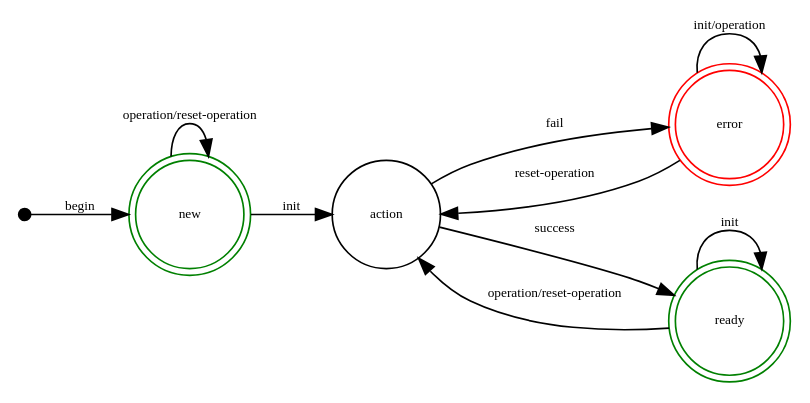
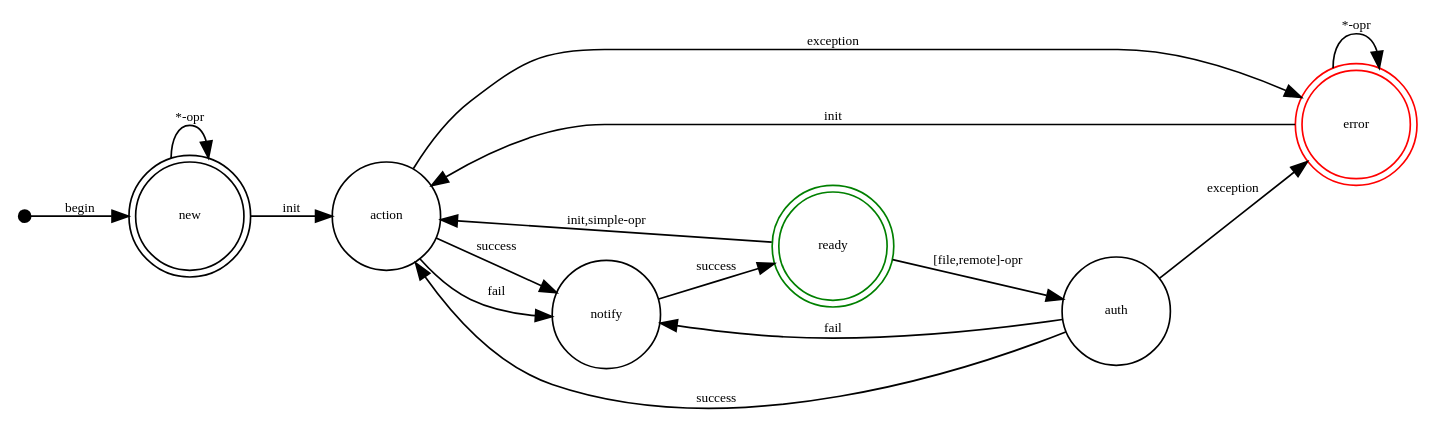
Before and after one commit to sudohippie/fog: the diagram in docs/fog-operations.dot, drawn with Graphviz. The commit also changed 1 other file, not shown here.

```diff
--- a/docs/fog-operations.dot
+++ b/docs/fog-operations.dot
@@ -1,24 +1,31 @@
 digraph fog {
 	// defaults
-	node [ shape=circle, fontsize=8, fixedsize=true, width=0.9]; 
+	node [ shape=circle, fontsize=8, fixedsize=true, width=0.9, group=A ]; 
   	edge [ fontsize=8 ]; 
   	rankdir=LR;
 	
 	// vertices
 	start [ shape=point, fixedsize=false, width=0.1 ]
-	new [ shape=doublecircle, color=green ];
+	new [ shape=doublecircle ];
 	action;
 	error [ shape=doublecircle, color=red ];
 	ready [ shape=doublecircle, color=green ];
+	auth;
+	notify;
 
 	// edges
 	start -> new  [ label = "begin" ];
-	new -> new [ label = "operation/reset-operation" ];
+	new -> new [ label = "*-opr" ];
 	new -> action [ label = "init" ];
-	action -> ready [ label = "success" ];
-	action -> error [ label = "fail" ];
-	ready -> action [ label = "operation/reset-operation" ];
-	ready -> ready [ label = "init" ];
-	error -> action [ label = "reset-operation" ];
-	error -> error [ label = "init/operation" ];
+	action -> notify [ label = "success" ];
+	action -> notify [ label = "fail" ];
+	action -> error [ label = "exception" ];
+	error -> error [ label = "*-opr" ];
+	error -> action [ label="init" ];
+	auth -> action [ label = "success" ];
+	auth -> error [ label = "exception" ];
+	auth -> notify [ label = "fail" ];
+	ready -> auth [ label = "[file,remote]-opr" ];
+	ready -> action [ label = "init,simple-opr" ];
+	notify -> ready [ label = "success" ];
 }
```
